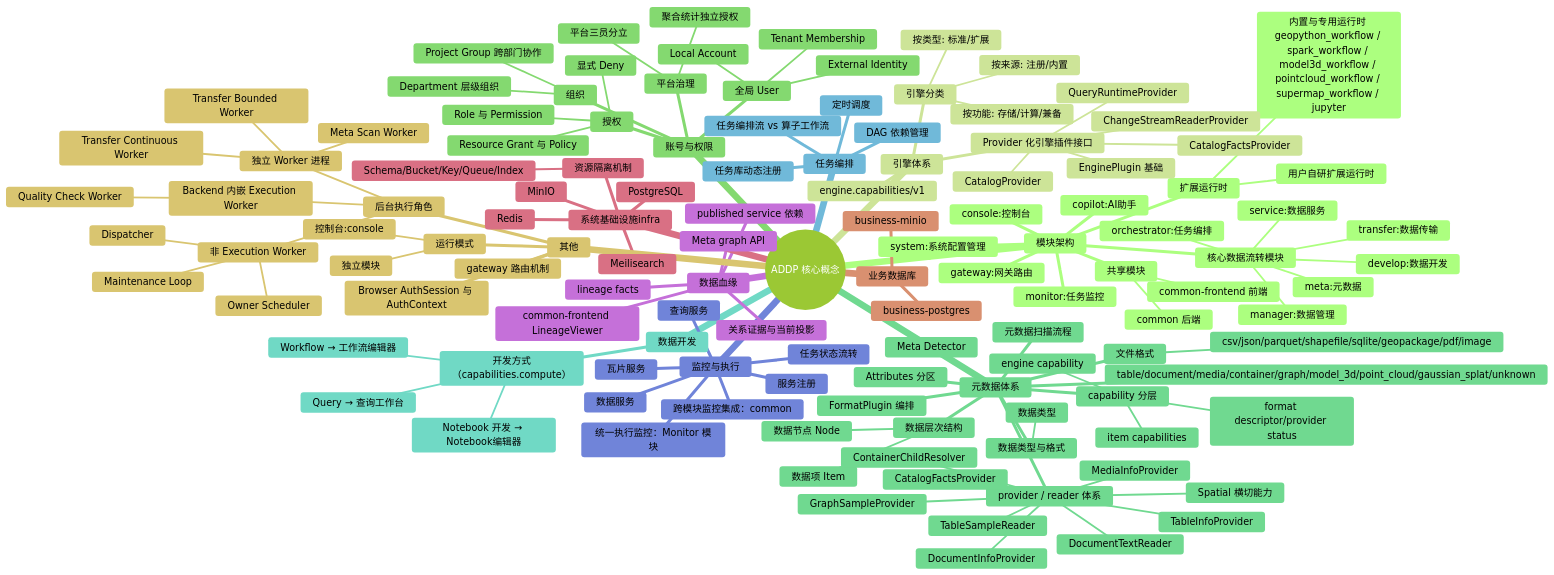
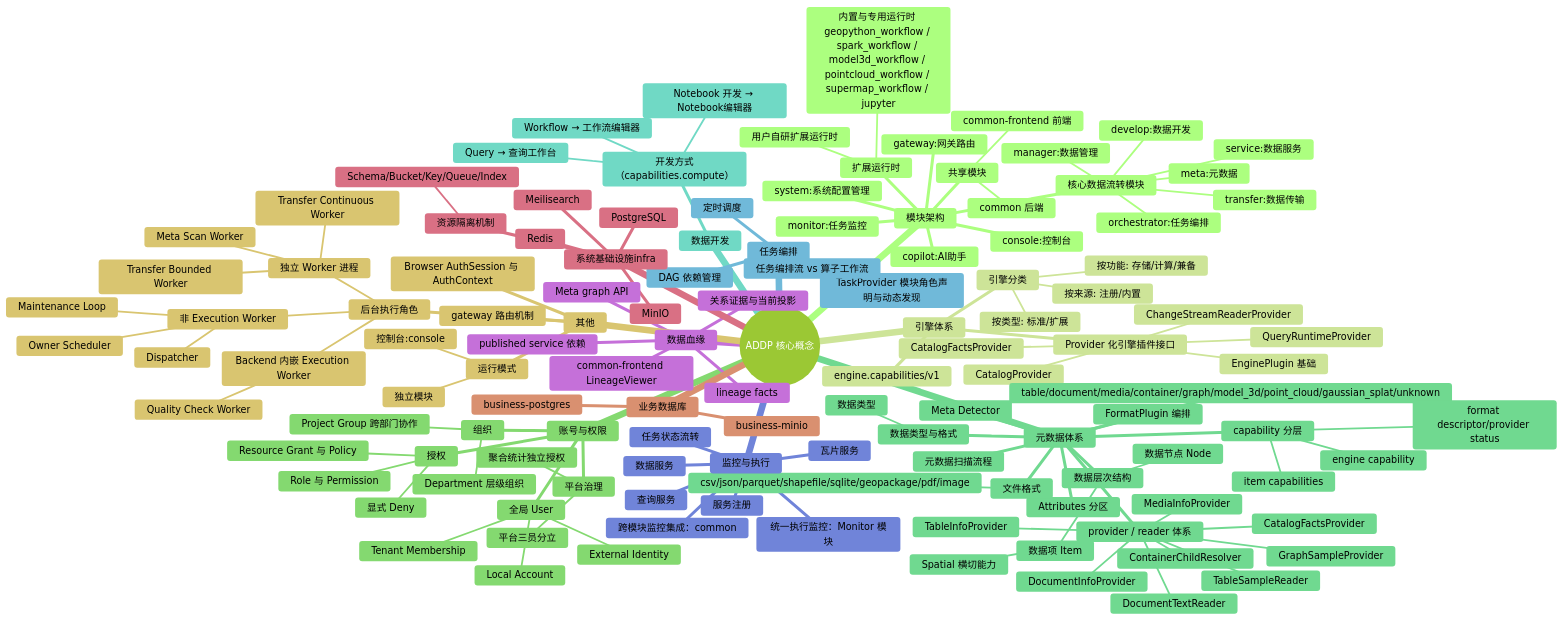
One commit to pampa0629/addp changed the first of 2 diagrams in docs/concepts/addp核心概念关系图.md. Above: the diagram before and after it, drawn with Mermaid (forest theme). The commit also changed 130 other files, not shown here.

```diff
--- a/docs/concepts/addp核心概念关系图.md
+++ b/docs/concepts/addp核心概念关系图.md
@@ -98,7 +98,7 @@
         Workflow → 工作流编辑器
         Notebook 开发 → Notebook编辑器
     任务编排
-      任务库动态注册
+      TaskProvider 模块角色声明与动态发现
       任务编排流 vs 算子工作流
       DAG 依赖管理
       定时调度
```
